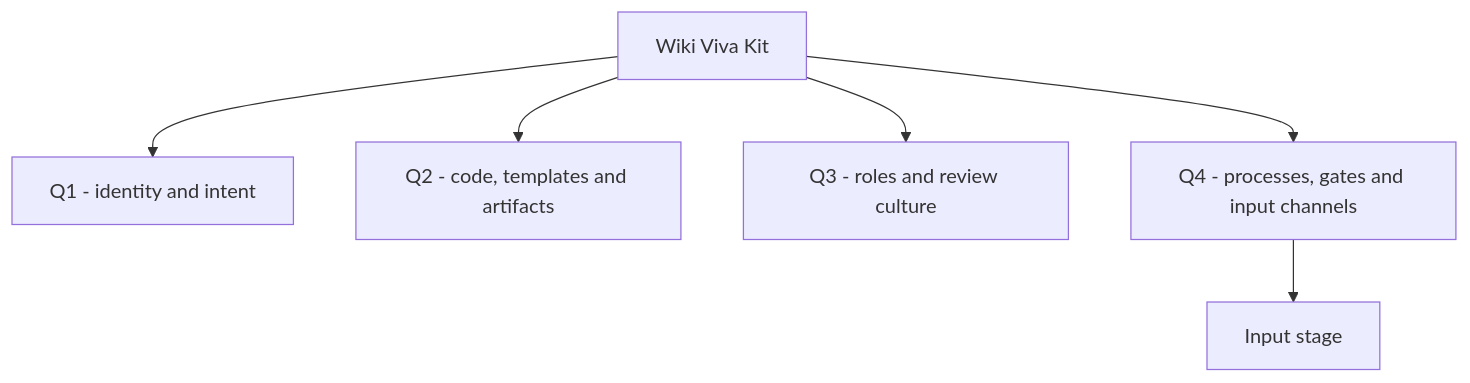
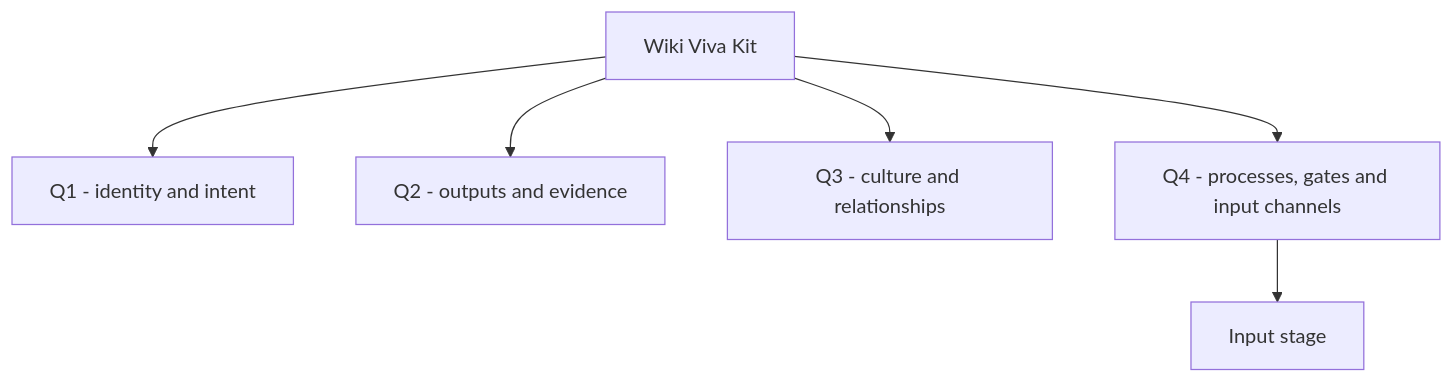
Before and after one commit to kimlage/wiki-viva-kit: the diagram in memories/system/wiki-viva-kit.md, drawn with Mermaid. The commit also changed other lines of this file and 15 other files, not shown here.

````diff
--- a/memories/system/wiki-viva-kit.md
+++ b/memories/system/wiki-viva-kit.md
@@ -80,14 +83,14 @@
 ```mermaid
 flowchart TD
     root["Wiki Viva Kit"]
     q1["Q1 - identity and intent"]
-    q2["Q2 - code, templates and artifacts"]
-    q3["Q3 - roles and review culture"]
+    q2["Q2 - outputs and evidence"]
+    q3["Q3 - culture and relationships"]
     q4["Q4 - processes, gates and input channels"]
     stage["Input stage"]
     root --> q1
     root --> q2
     root --> q3
     root --> q4
     q4 --> stage
 ```
````
